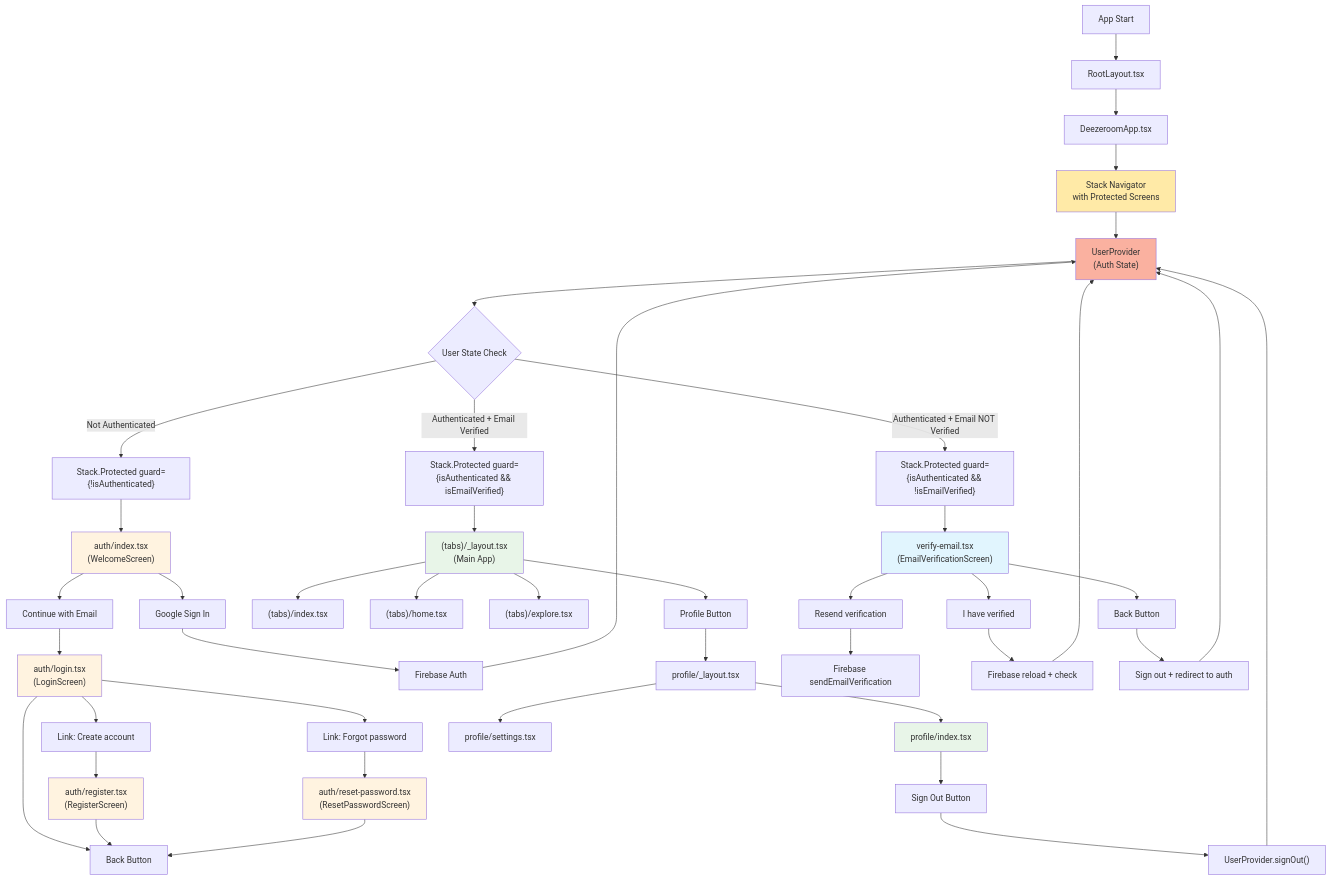
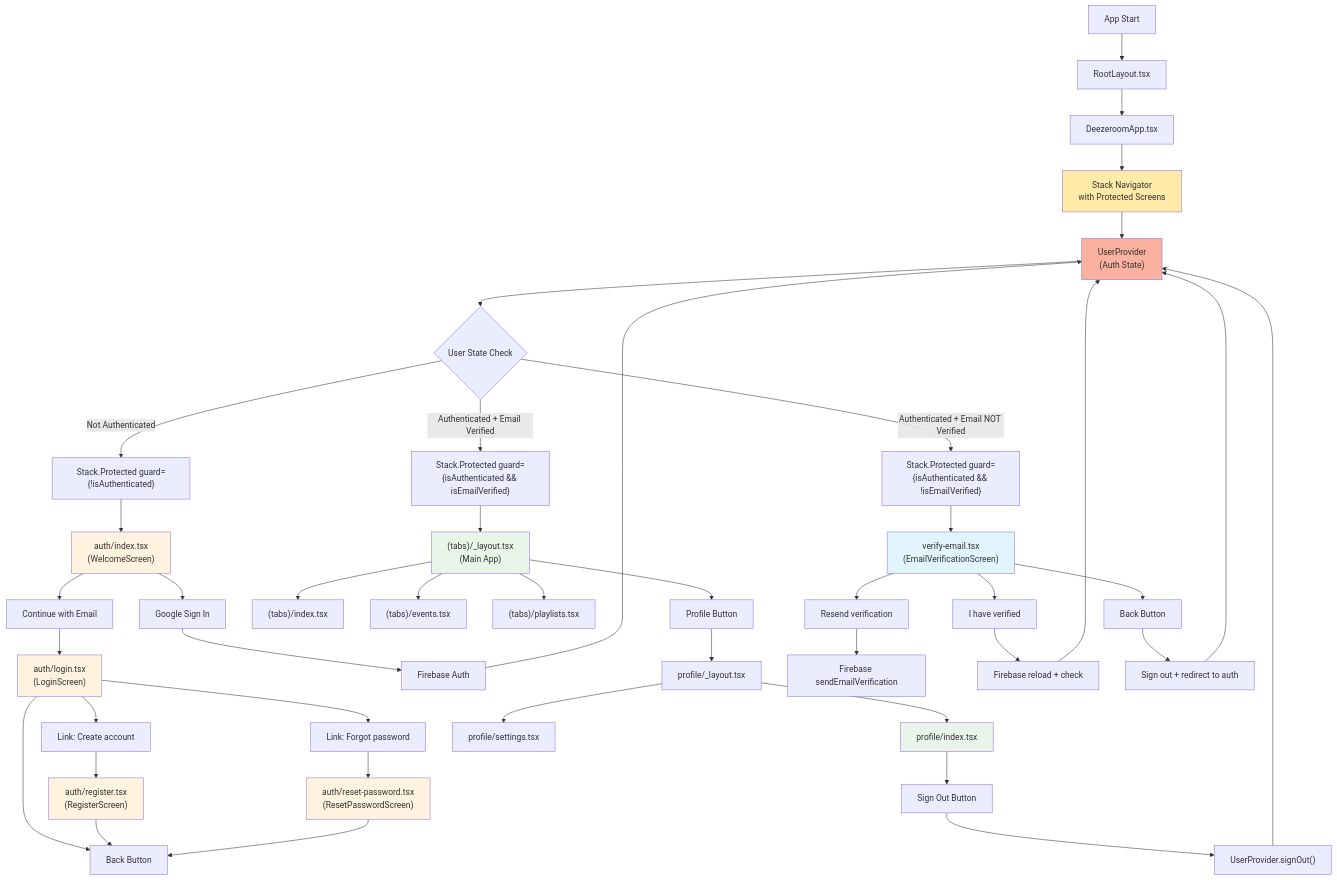
Before and after one commit to jesuisstan/deezeroom: the diagram in README.md, drawn with Mermaid. The commit also changed 10 other files, not shown here.

````diff
--- a/README.md
+++ b/README.md
@@ -85,60 +85,60 @@
 ```mermaid
 graph TD
     A["App Start"] --> B["RootLayout.tsx"]
     B --> C["DeezeroomApp.tsx"]
     C --> D["Stack Navigator<br/>with Protected Screens"]
     D --> E["UserProvider<br/>(Auth State)"]
 
     E --> F{"User State Check"}
 
     F -->|"Not Authenticated"| G["Stack.Protected guard={!isAuthenticated}"]
     F -->|"Authenticated + Email Verified"| H["Stack.Protected guard={isAuthenticated && isEmailVerified}"]
     F -->|"Authenticated + Email NOT Verified"| I["Stack.Protected guard={isAuthenticated && !isEmailVerified}"]
 
     G --> G1["auth/index.tsx<br/>(WelcomeScreen)"]
     G1 --> G2["Continue with Email"]
     G2 --> G3["auth/login.tsx<br/>(LoginScreen)"]
     G3 --> G4["Link: Create account"]
     G4 --> G5["auth/register.tsx<br/>(RegisterScreen)"]
     G3 --> G6["Link: Forgot password"]
     G6 --> G7["auth/reset-password.tsx<br/>(ResetPasswordScreen)"]
     G3 --> G8["Back Button"]
     G5 --> G8
     G7 --> G8
 
     G1 --> G9["Google Sign In"]
     G9 --> G10["Firebase Auth"]
     G10 --> E
 
     H --> H1["(tabs)/_layout.tsx<br/>(Main App)"]
     H1 --> H2["(tabs)/index.tsx"]
-    H1 --> H3["(tabs)/home.tsx"]
-    H1 --> H4["(tabs)/explore.tsx"]
+    H1 --> H3["(tabs)/events.tsx"]
+    H1 --> H4["(tabs)/playlists.tsx"]
     H1 --> H5["Profile Button"]
     H5 --> H6["profile/_layout.tsx"]
     H6 --> H7["profile/index.tsx"]
     H6 --> H8["profile/settings.tsx"]
     H7 --> H9["Sign Out Button"]
     H9 --> H10["UserProvider.signOut()"]
     H10 --> E
 
     I --> I1["verify-email.tsx<br/>(EmailVerificationScreen)"]
     I1 --> I2["Resend verification"]
     I2 --> I3["Firebase sendEmailVerification"]
     I1 --> I4["I have verified"]
     I4 --> I5["Firebase reload + check"]
     I5 --> E
     I1 --> I6["Back Button"]
     I6 --> I7["Sign out + redirect to auth"]
     I7 --> E
 
     style D fill:#ffeaa7
     style G1 fill:#fff3e0
     style G3 fill:#fff3e0
     style G5 fill:#fff3e0
     style G7 fill:#fff3e0
     style H1 fill:#e8f5e8
     style H7 fill:#e8f5e8
     style I1 fill:#e1f5fe
     style E fill:#fab1a0
 ```
````
